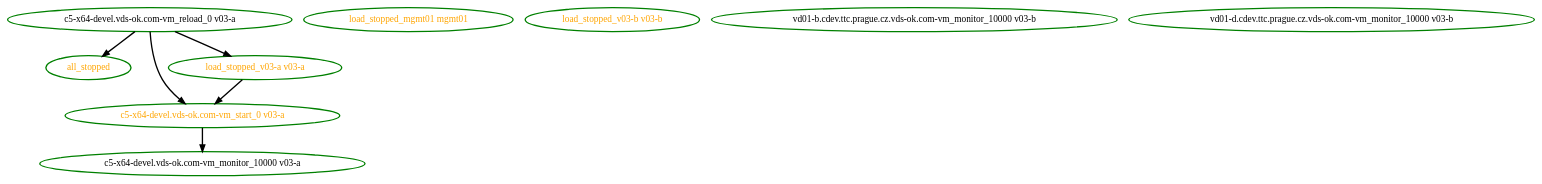
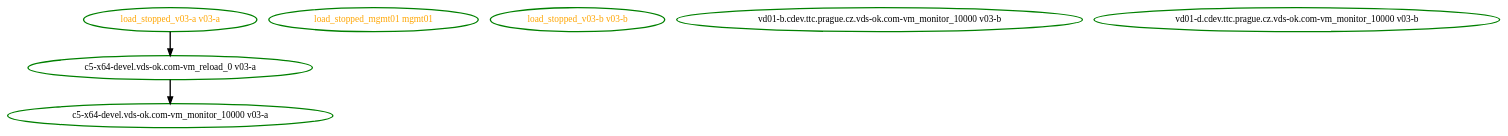
Before and after one commit to ClusterLabs/pacemaker: the diagram in pengine/test10/params-6.dot, drawn with Graphviz. The commit also changed 6 other files, not shown here.

```diff
--- a/pengine/test10/params-6.dot
+++ b/pengine/test10/params-6.dot
@@ -1,16 +1,11 @@
 digraph "g" {
-"all_stopped" [ style=bold color="green" fontcolor="orange"]
 "c5-x64-devel.vds-ok.com-vm_monitor_10000 v03-a" [ style=bold color="green" fontcolor="black"]
-"c5-x64-devel.vds-ok.com-vm_reload_0 v03-a" -> "all_stopped" [ style = bold]
-"c5-x64-devel.vds-ok.com-vm_reload_0 v03-a" -> "c5-x64-devel.vds-ok.com-vm_start_0 v03-a" [ style = bold]
-"c5-x64-devel.vds-ok.com-vm_reload_0 v03-a" -> "load_stopped_v03-a v03-a" [ style = bold]
+"c5-x64-devel.vds-ok.com-vm_reload_0 v03-a" -> "c5-x64-devel.vds-ok.com-vm_monitor_10000 v03-a" [ style = bold]
 "c5-x64-devel.vds-ok.com-vm_reload_0 v03-a" [ style=bold color="green" fontcolor="black"]
-"c5-x64-devel.vds-ok.com-vm_start_0 v03-a" -> "c5-x64-devel.vds-ok.com-vm_monitor_10000 v03-a" [ style = bold]
-"c5-x64-devel.vds-ok.com-vm_start_0 v03-a" [ style=bold color="green" fontcolor="orange"]
 "load_stopped_mgmt01 mgmt01" [ style=bold color="green" fontcolor="orange"]
-"load_stopped_v03-a v03-a" -> "c5-x64-devel.vds-ok.com-vm_start_0 v03-a" [ style = bold]
+"load_stopped_v03-a v03-a" -> "c5-x64-devel.vds-ok.com-vm_reload_0 v03-a" [ style = bold]
 "load_stopped_v03-a v03-a" [ style=bold color="green" fontcolor="orange"]
 "load_stopped_v03-b v03-b" [ style=bold color="green" fontcolor="orange"]
 "vd01-b.cdev.ttc.prague.cz.vds-ok.com-vm_monitor_10000 v03-b" [ style=bold color="green" fontcolor="black"]
 "vd01-d.cdev.ttc.prague.cz.vds-ok.com-vm_monitor_10000 v03-b" [ style=bold color="green" fontcolor="black"]
 }
```
